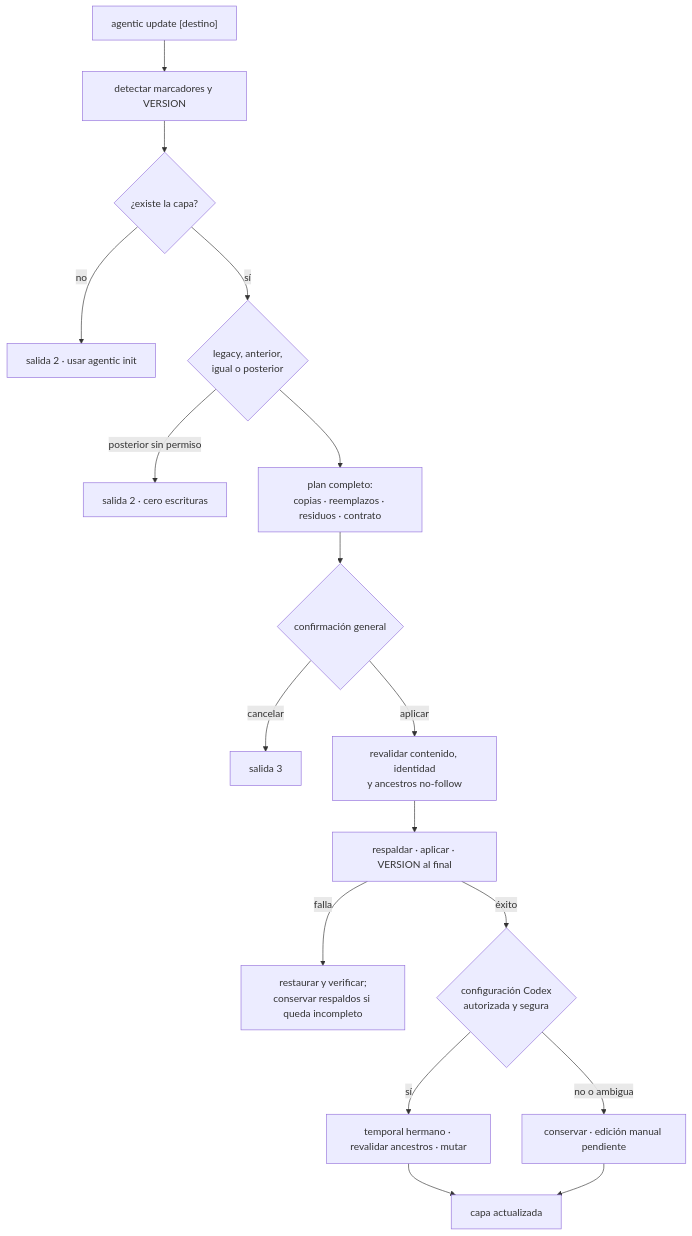
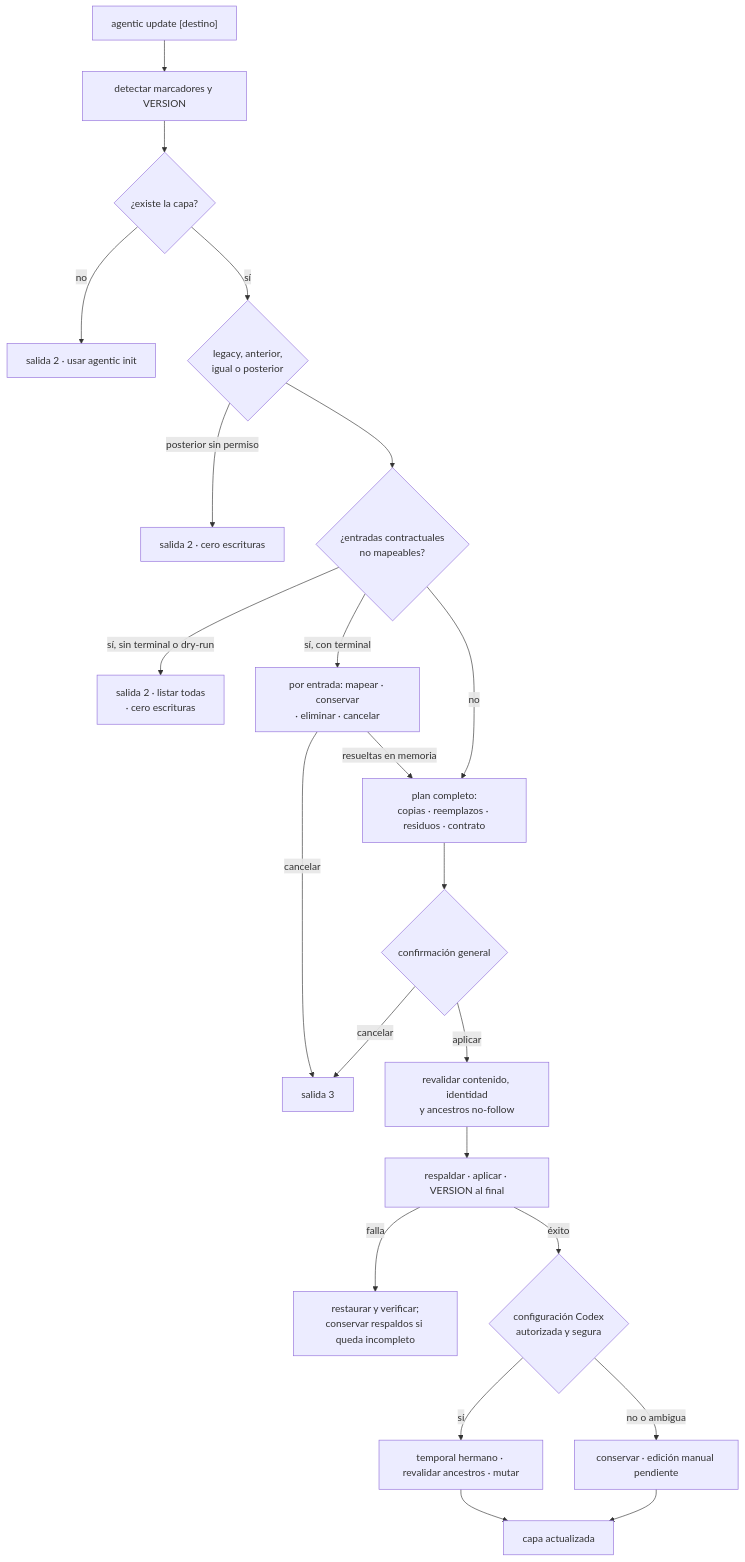
Before and after one commit to KroxiDev/agentic-layer: the third of 4 diagrams in docs/arquitectura.md, drawn with Mermaid. The commit also changed other lines of this file and 5 other files, not shown here.

Commit message:
feat: resolver campos contractuales no mapeables

````diff
--- a/docs/arquitectura.md
+++ b/docs/arquitectura.md
@@ -180,19 +180,24 @@
 ```mermaid
 flowchart TD
     start["agentic update [destino]"] --> detect["detectar marcadores y VERSION"]
     detect --> exists{"¿existe la capa?"}
     exists -->|no| init["salida 2 · usar agentic init"]
     exists -->|sí| version{"legacy, anterior,<br/>igual o posterior"}
     version -->|posterior sin permiso| block["salida 2 · cero escrituras"]
-    version --> plan["plan completo:<br/>copias · reemplazos · residuos · contrato"]
+    version --> unknown{"¿entradas contractuales<br/>no mapeables?"}
+    unknown -->|"sí, sin terminal o dry-run"| unmapped["salida 2 · listar todas<br/>· cero escrituras"]
+    unknown -->|"sí, con terminal"| decide["por entrada: mapear · conservar<br/>· eliminar · cancelar"]
+    decide -->|cancelar| cancel
+    decide -->|resueltas en memoria| plan
+    unknown -->|no| plan["plan completo:<br/>copias · reemplazos · residuos · contrato"]
     plan --> confirm{"confirmación general"}
     confirm -->|cancelar| cancel["salida 3"]
     confirm -->|aplicar| revalidate["revalidar contenido, identidad<br/>y ancestros no-follow"]
     revalidate --> tx["respaldar · aplicar · VERSION al final"]
     tx -->|falla| rollback["restaurar y verificar;<br/>conservar respaldos si queda incompleto"]
     tx -->|éxito| codex{"configuración Codex<br/>autorizada y segura"}
     codex -->|no o ambigua| pending["conservar · edición manual pendiente"]
     codex -->|sí| atomic["temporal hermano · revalidar ancestros · mutar"]
     atomic --> done["capa actualizada"]
     pending --> done
 ```
````
